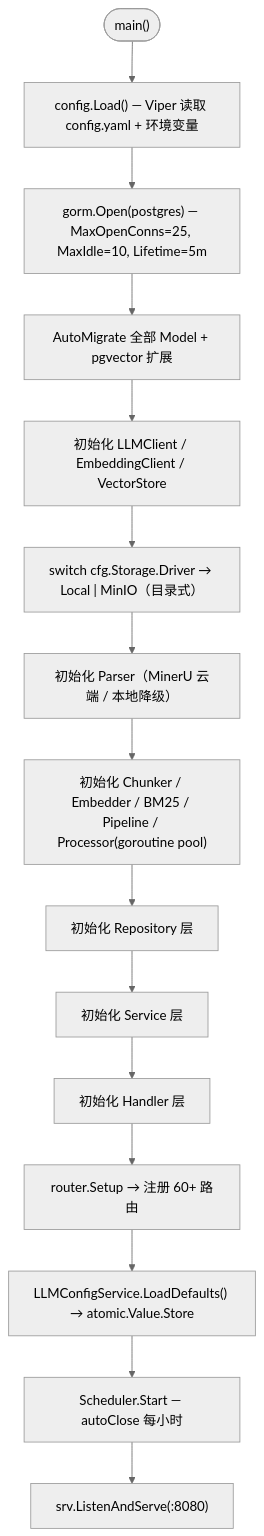
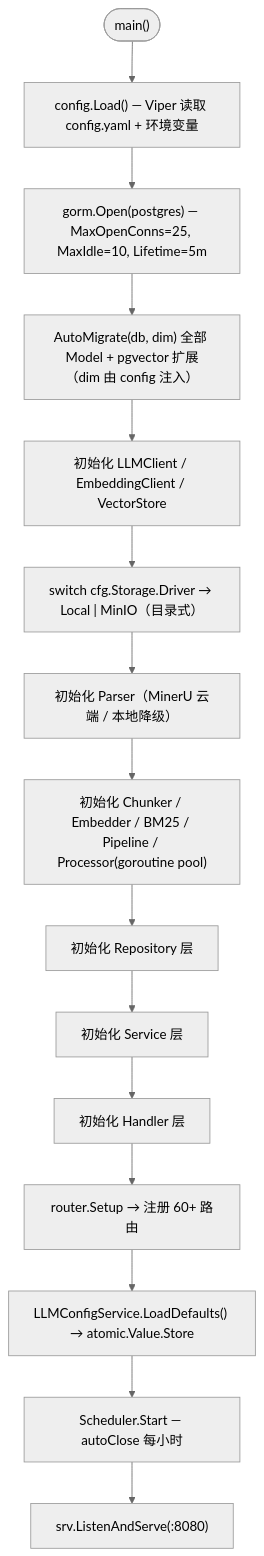
One commit to int2t05/Cognik changed the third of 11 diagrams in docs/TECH.md. Above: the diagram before and after it, drawn with Mermaid (neutral theme). The commit also changed other lines of this file and 14 other files, not shown here.

````diff
--- a/docs/TECH.md
+++ b/docs/TECH.md
@@ -87,17 +87,17 @@
 ```mermaid
 flowchart TB
     Start(["main()"]) --> Cfg["config.Load() — Viper 读取 config.yaml + 环境变量"]
     Cfg --> DB["gorm.Open(postgres) — MaxOpenConns=25, MaxIdle=10, Lifetime=5m"]
-    DB --> Migrate["AutoMigrate 全部 Model + pgvector 扩展"]
+    DB --> Migrate["AutoMigrate(db, dim) 全部 Model + pgvector 扩展（dim 由 config 注入）"]
     Migrate --> Adapters["初始化 LLMClient / EmbeddingClient / VectorStore"]
     Adapters --> Storage["switch cfg.Storage.Driver → Local | MinIO（目录式）"]
     Storage --> ParserInit["初始化 Parser（MinerU 云端 / 本地降级）"]
     ParserInit --> RAGInit["初始化 Chunker / Embedder / BM25 / Pipeline / Processor(goroutine pool)"]
     RAGInit --> Repos["初始化 Repository 层"]
     Repos --> Services["初始化 Service 层"]
     Services --> Handlers["初始化 Handler 层"]
     Handlers --> Router["router.Setup → 注册 60+ 路由"]
     Router --> Warmup["LLMConfigService.LoadDefaults() → atomic.Value.Store"]
     Warmup --> Scheduler["Scheduler.Start — autoClose 每小时"]
     Scheduler --> Listen["srv.ListenAndServe(:8080)"]
 ```
````
